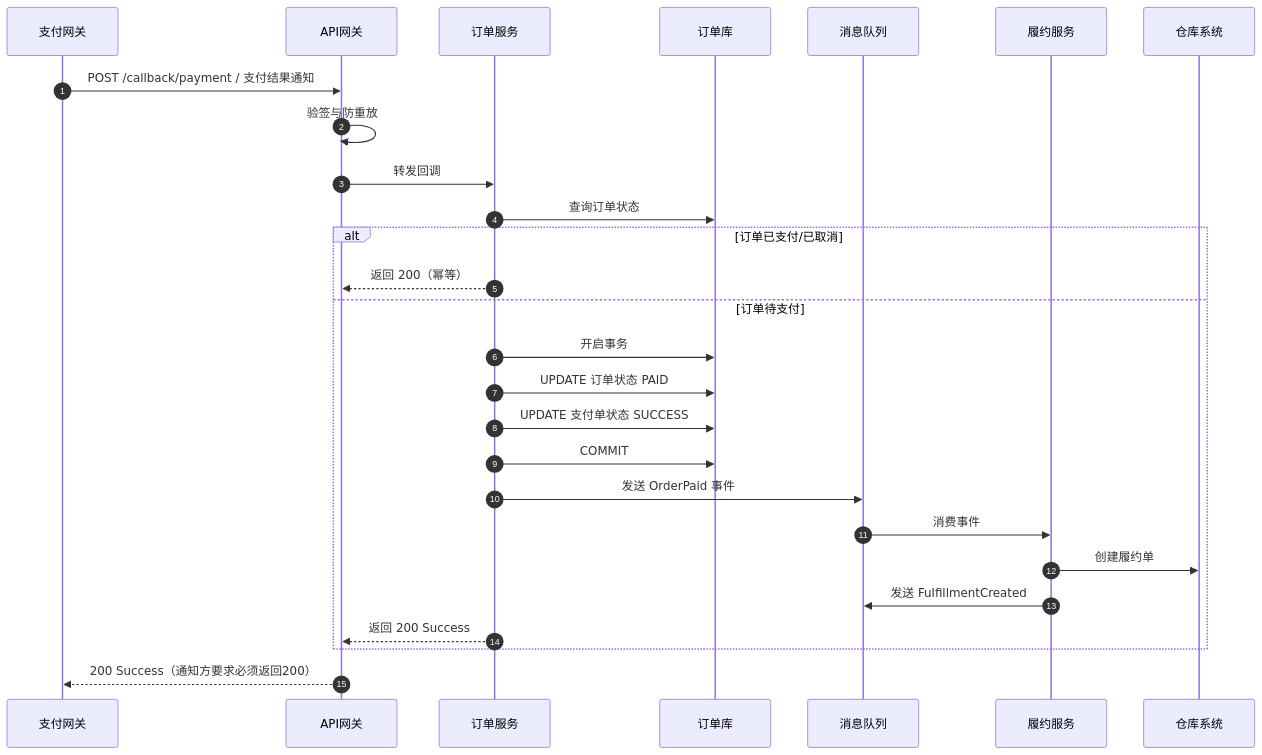
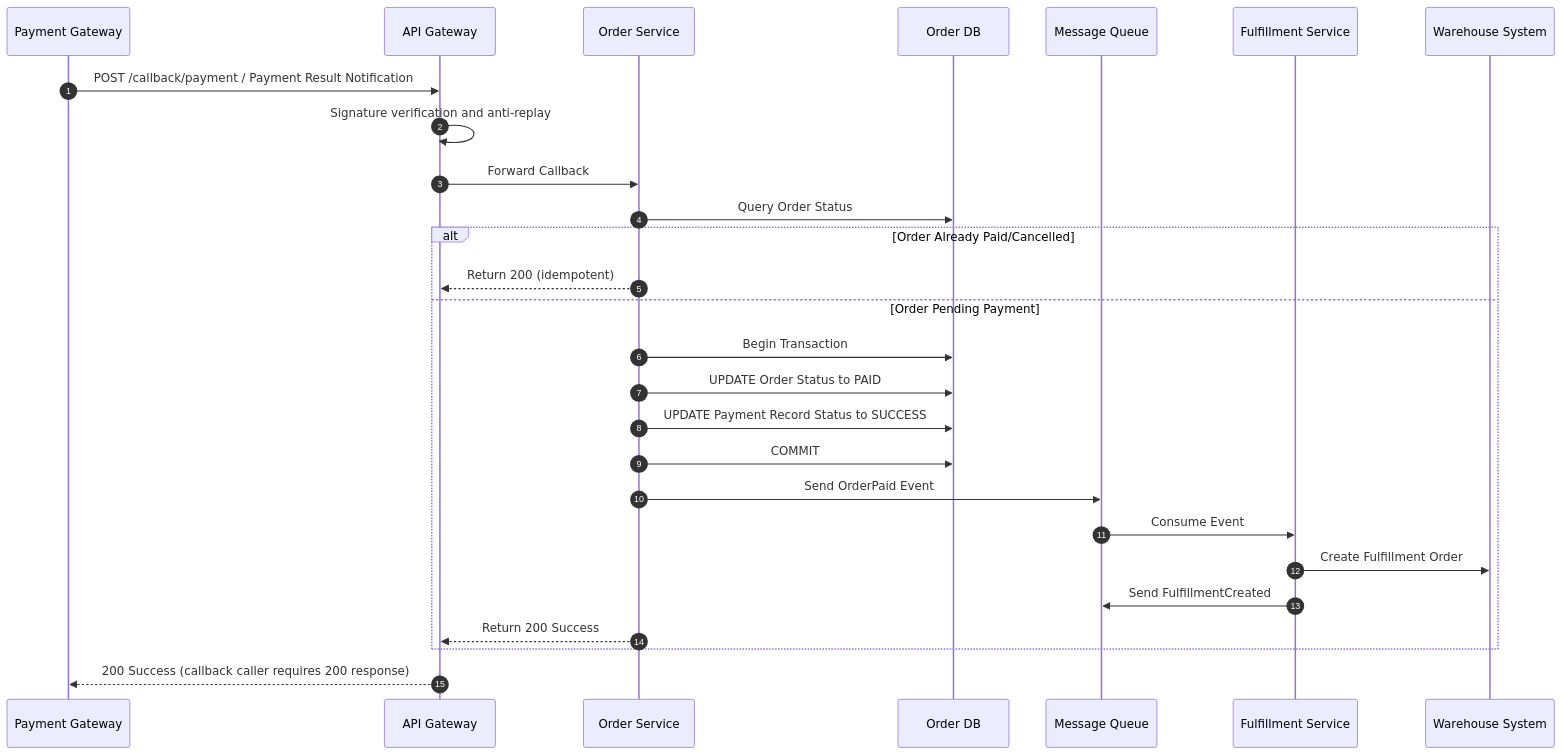
Before and after one commit to Kirky-X/cangjie: the tenth of 11 diagrams in templates/产品/产品层/【模板】功能需求文档.md, drawn with Mermaid. The commit also changed other lines of this file and 46 other files, not shown here.

````diff
--- a/templates/产品/产品层/【模板】功能需求文档.md
+++ b/templates/产品/产品层/【模板】功能需求文档.md
@@ -579,34 +579,34 @@
 ```mermaid
 sequenceDiagram
     autonumber
-    participant PG as 支付网关
-    participant GW as API网关
-    participant OS as 订单服务
-    participant DB as 订单库
-    participant MQ as 消息队列
-    participant FS as 履约服务
-    participant WH as 仓库系统
+    participant PG as Payment Gateway
+    participant GW as API Gateway
+    participant OS as Order Service
+    participant DB as Order DB
+    participant MQ as Message Queue
+    participant FS as Fulfillment Service
+    participant WH as Warehouse System
 
-    PG->>GW: POST /callback/payment / 支付结果通知
-    GW->>GW: 验签与防重放
+    PG->>GW: POST /callback/payment / Payment Result Notification
+    GW->>GW: Signature verification and anti-replay
 
-    GW->>OS: 转发回调
-    OS->>DB: 查询订单状态
-    alt 订单已支付/已取消
-        OS-->>GW: 返回 200（幂等）
-    else 订单待支付
-        OS->>DB: 开启事务
-        OS->>DB: UPDATE 订单状态 PAID
-        OS->>DB: UPDATE 支付单状态 SUCCESS
+    GW->>OS: Forward Callback
+    OS->>DB: Query Order Status
+    alt Order Already Paid/Cancelled
+        OS-->>GW: Return 200 (idempotent)
+    else Order Pending Payment
+        OS->>DB: Begin Transaction
+        OS->>DB: UPDATE Order Status to PAID
+        OS->>DB: UPDATE Payment Record Status to SUCCESS
         OS->>DB: COMMIT
 
-        OS->>MQ: 发送 OrderPaid 事件
+        OS->>MQ: Send OrderPaid Event
 
-        MQ->>FS: 消费事件
-        FS->>WH: 创建履约单
-        FS->>MQ: 发送 FulfillmentCreated
+        MQ->>FS: Consume Event
+        FS->>WH: Create Fulfillment Order
+        FS->>MQ: Send FulfillmentCreated
 
-        OS-->>GW: 返回 200 Success
+        OS-->>GW: Return 200 Success
     end
-    GW-->>PG: 200 Success（通知方要求必须返回200）
+    GW-->>PG: 200 Success (callback caller requires 200 response)
 ```
````
